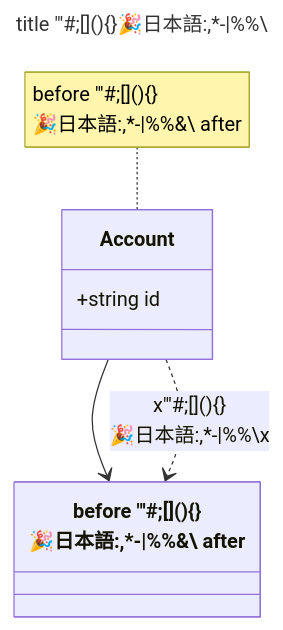
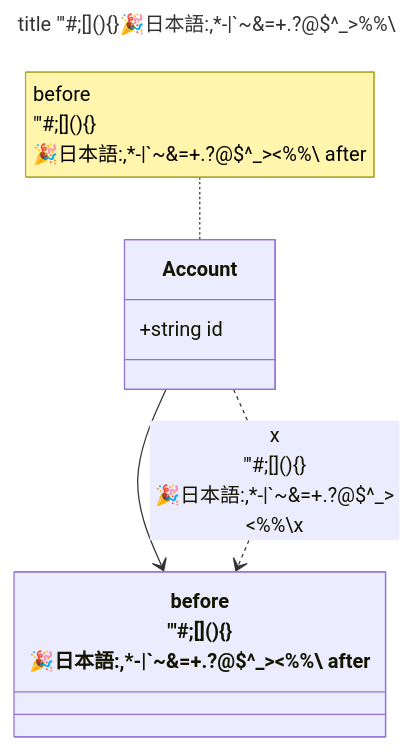
One commit to nao1215/markdown changed the diagram in doc/edgecase/class.md. Above: the diagram before and after it, drawn with Mermaid. The commit also changed other lines of this file and 86 other files, not shown here.

First line of the commit message:
fix(mermaid): escape the labels the extended probe set found unreadable (#188)

````diff
--- a/doc/edgecase/class.md
+++ b/doc/edgecase/class.md
@@ -5,13 +5,13 @@
 ```mermaid
 ---
-title: "title \"'#;[](){}🎉日本語:,*-|%%\\"
+title: "title \"'#;[](){}🎉日本語:,*-|`~&=+.?@$^_>%%\\"
 ---
 classDiagram
     class Account {
         +string id
     }
-    class Ledger["before &quot;'#;[](){}<br/>🎉日本語:,*-|%%&#92; after"]
+    class Ledger["before <br/>&quot;'#;[](){}<br/>🎉日本語:,*-|`~&=+.?@$^_><%%#92; after"]
     Account --> Ledger
-    Account ..> Ledger : x"'##59;[](){}<br/>🎉日本語#58;,*-|%%\x
-    note for Account "before &quot;'#;[](){}<br/>🎉日本語:,*-|%%&#92; after"
+    Account ..> Ledger : x<br/>"'##59;[](){}<br/>🎉日本語#58;,*-|`~&=+.?@$^_><%%\x
+    note for Account "before <br/>&quot;'#;[](){}<br/>🎉日本語:,*-|`~&=+.?@$^_><%%#92; after"
 ```
````
